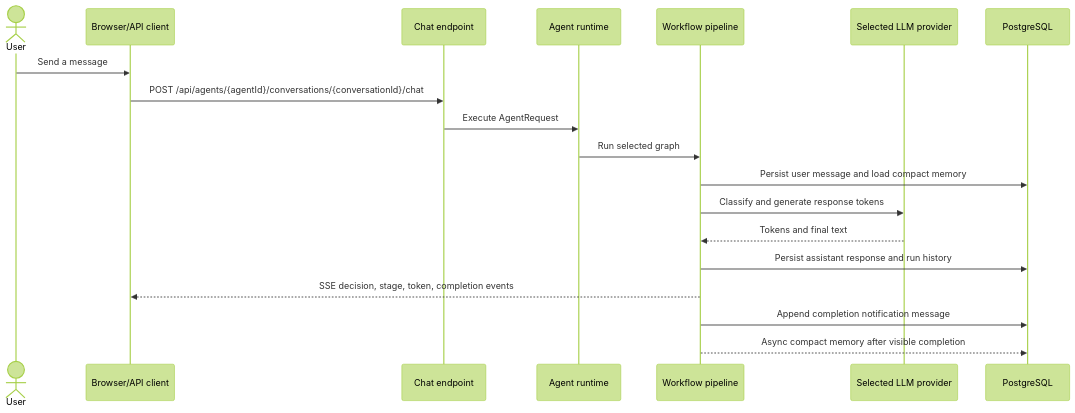
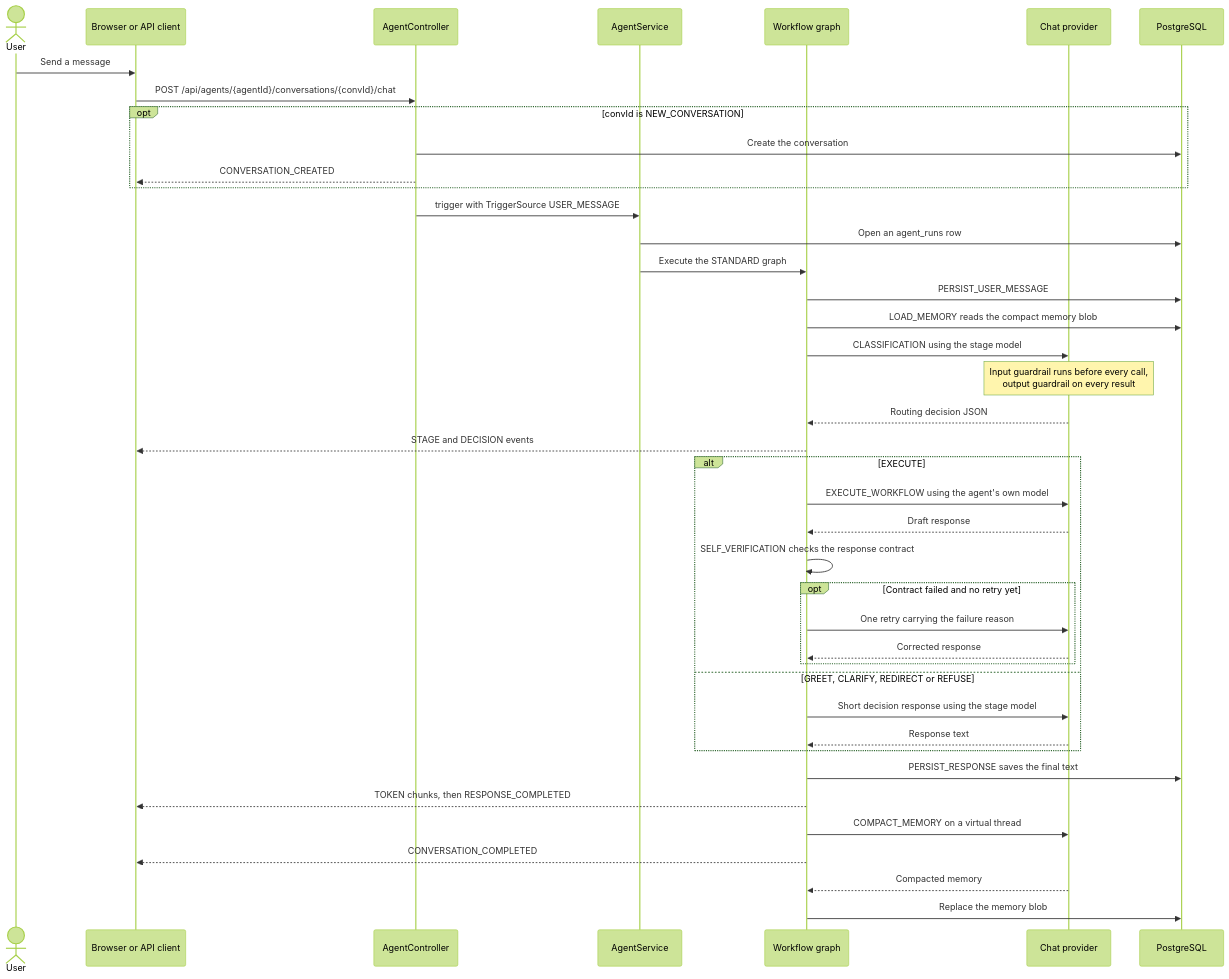
The third of 5 diagrams in README.md (melmedany/workflow-ai), drawn with Mermaid (forest theme) before and after one commit. The commit also changed other lines of this file and 1 other file, not shown here.

````diff
--- a/README.md
+++ b/README.md
@@ -106,21 +200,43 @@
 ```mermaid
 sequenceDiagram
     actor User
-    participant UI as Browser/API client
-    participant Chat as Chat endpoint
-    participant Agent as Agent runtime
-    participant Pipeline as Workflow pipeline
-    participant LLM as Selected LLM provider
+    participant Client as Browser or API client
+    participant API as AgentController
+    participant Runtime as AgentService
+    participant Graph as Workflow graph
+    participant LLM as Chat provider
     participant DB as PostgreSQL
-    User ->> UI: Send a message
-    UI ->> Chat: POST /api/agents/{agentId}/conversations/{conversationId}/chat
-    Chat ->> Agent: Execute AgentRequest
-    Agent ->> Pipeline: Run selected graph
-    Pipeline ->> DB: Persist user message and load compact memory
-    Pipeline ->> LLM: Classify and generate response tokens
-    LLM -->> Pipeline: Tokens and final text
-    Pipeline ->> DB: Persist assistant response and run history
-    Pipeline -->> UI: SSE decision, stage, token, completion events
-    Pipeline ->> DB: Append completion notification message
-    Pipeline -->> DB: Async compact memory after visible completion
+    User ->> Client: Send a message
+    Client ->> API: POST /api/agents/{agentId}/conversations/{convId}/chat
+    opt convId is NEW_CONVERSATION
+        API ->> DB: Create the conversation
+        API -->> Client: CONVERSATION_CREATED
+    end
+    API ->> Runtime: trigger with TriggerSource USER_MESSAGE
+    Runtime ->> DB: Open an agent_runs row
+    Runtime ->> Graph: Execute the STANDARD graph
+    Graph ->> DB: PERSIST_USER_MESSAGE
+    Graph ->> DB: LOAD_MEMORY reads the compact memory blob
+    Graph ->> LLM: CLASSIFICATION using the stage model
+    Note over LLM: Input guardrail runs before every call,<br/>output guardrail on every result
+    LLM -->> Graph: Routing decision JSON
+    Graph -->> Client: STAGE and DECISION events
+    alt EXECUTE
+        Graph ->> LLM: EXECUTE_WORKFLOW using the agent's own model
+        LLM -->> Graph: Draft response
+        Graph ->> Graph: SELF_VERIFICATION checks the response contract
+        opt Contract failed and no retry yet
+            Graph ->> LLM: One retry carrying the failure reason
+            LLM -->> Graph: Corrected response
+        end
+    else GREET, CLARIFY, REDIRECT or REFUSE
+        Graph ->> LLM: Short decision response using the stage model
+        LLM -->> Graph: Response text
+    end
+    Graph ->> DB: PERSIST_RESPONSE saves the final text
+    Graph -->> Client: TOKEN chunks, then RESPONSE_COMPLETED
+    Graph ->> LLM: COMPACT_MEMORY on a virtual thread
+    Graph -->> Client: CONVERSATION_COMPLETED
+    LLM -->> Graph: Compacted memory
+    Graph ->> DB: Replace the memory blob
 ```
````
